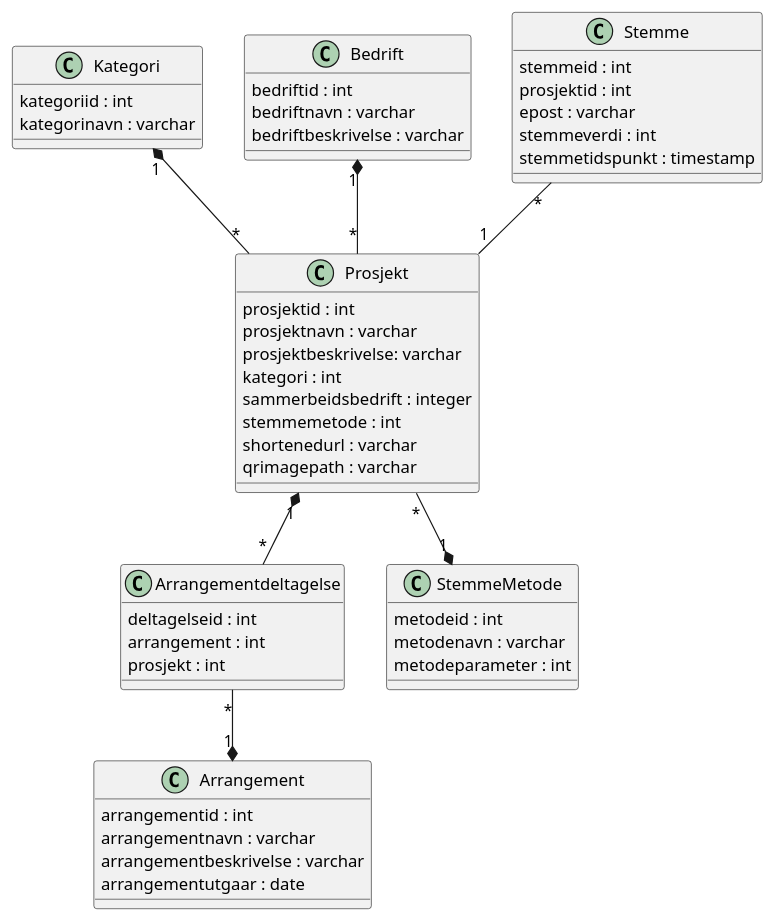
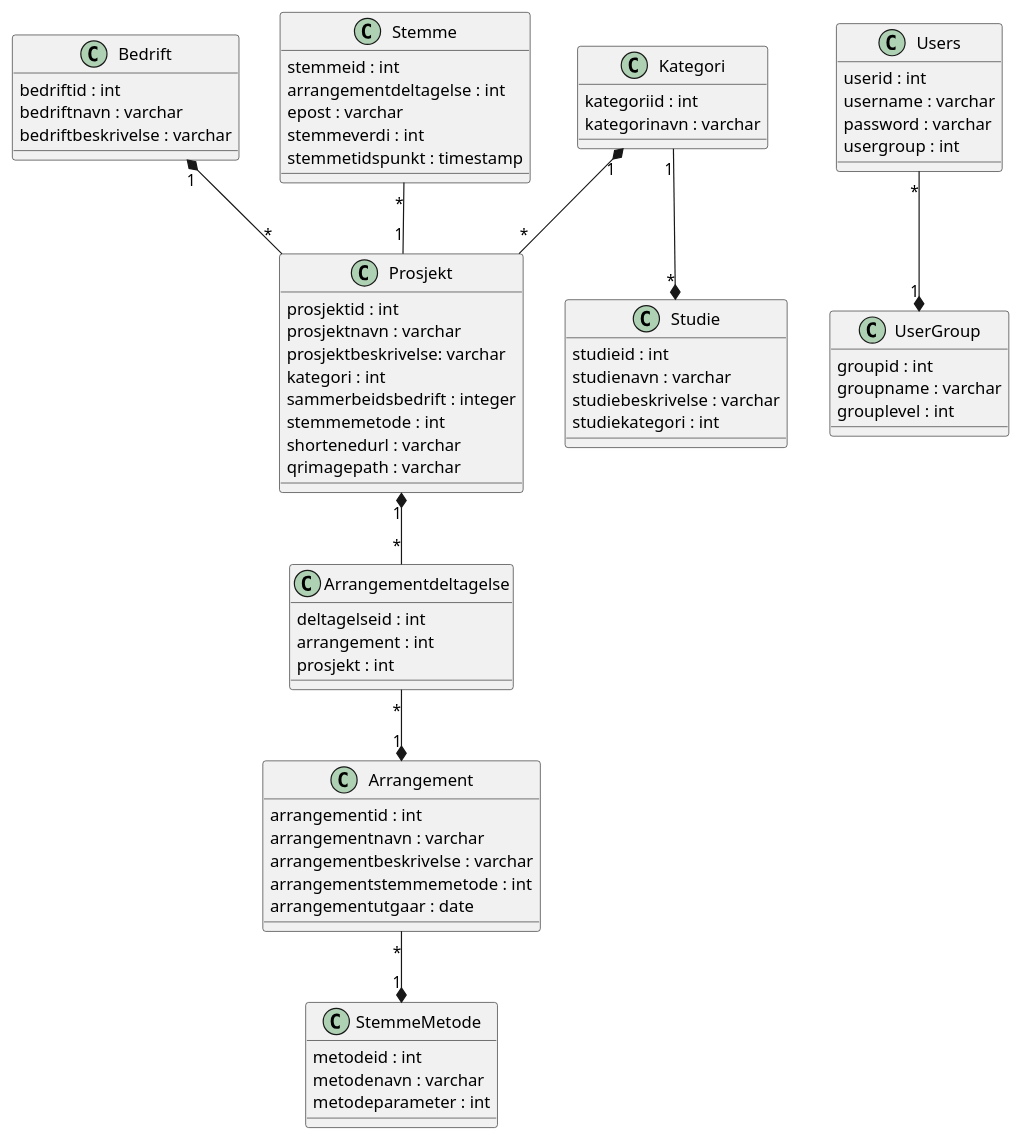
One commit to trulsma/DAT109_Prosjekt changed the diagram in Diagrammer/DatabaseOppsett.puml. Above: the diagram before and after it, drawn with PlantUML.

Commit message:
Oppdatert database uml

```diff
--- a/Diagrammer/DatabaseOppsett.puml
+++ b/Diagrammer/DatabaseOppsett.puml
@@ -1,57 +1,80 @@
 @startuml
 class Prosjekt{
     prosjektid : int
     prosjektnavn : varchar
     prosjektbeskrivelse: varchar
     kategori : int
     sammerbeidsbedrift : integer
     stemmemetode : int
     shortenedurl : varchar
     qrimagepath : varchar
 }
 
 class Kategori{
     kategoriid : int
     kategorinavn : varchar
 }
 
 class Arrangement{
     arrangementid : int
     arrangementnavn : varchar
     arrangementbeskrivelse : varchar
+    arrangementstemmemetode : int
     arrangementutgaar : date
 }
 
 class Arrangementdeltagelse{
     deltagelseid : int
     arrangement : int
     prosjekt : int
 }
 
 class Bedrift{
     bedriftid : int
     bedriftnavn : varchar
     bedriftbeskrivelse : varchar
 }
 
 class StemmeMetode{
     metodeid : int
     metodenavn : varchar
     metodeparameter : int
 }
 
 class Stemme{
     stemmeid : int
-    prosjektid : int
+    arrangementdeltagelse : int
     epost : varchar
     stemmeverdi : int
     stemmetidspunkt : timestamp
+}
+
+class Studie{
+    studieid : int
+    studienavn : varchar
+    studiebeskrivelse : varchar
+    studiekategori : int
+}
+
+class UserGroup{
+    groupid : int
+    groupname : varchar
+    grouplevel : int
+}
+
+class Users{
+    userid : int
+    username : varchar
+    password : varchar
+    usergroup : int
 }
 
 Arrangementdeltagelse "*" --* "1" Arrangement
 Prosjekt "1" *-- "*" Arrangementdeltagelse
 Stemme "*" -- "1" Prosjekt
 Bedrift "1" *-- "*" Prosjekt
 Kategori "1" *-- "*" Prosjekt
-Prosjekt "*" --* "1" StemmeMetode
+Arrangement "*" --* "1" StemmeMetode
+Users "*" --* "1" UserGroup
+Kategori "1" --* "*" Studie
 @enduml
```
